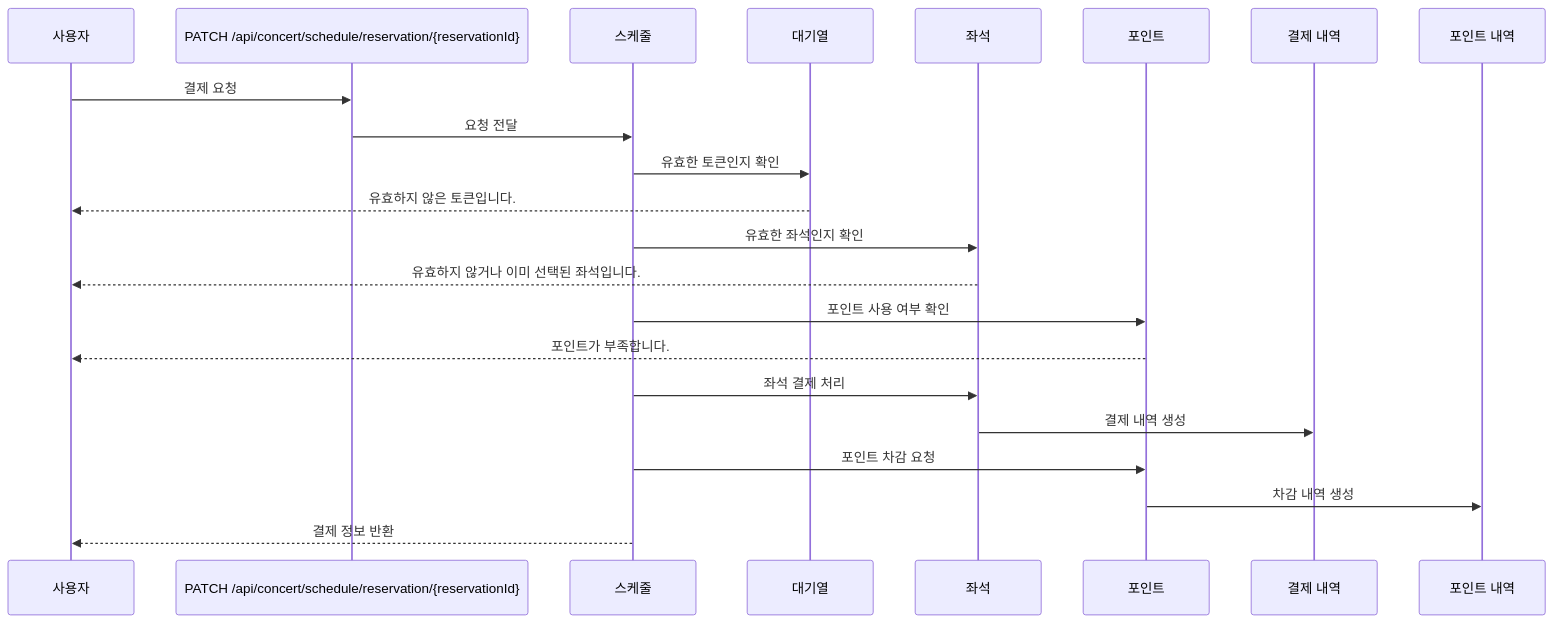
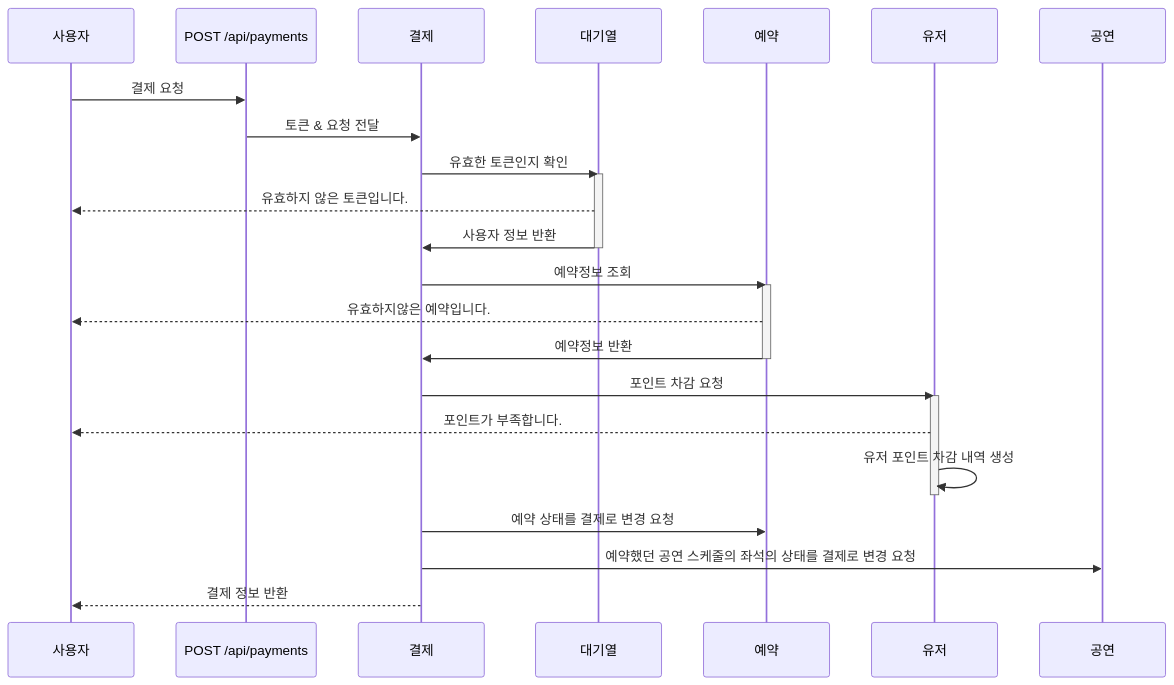
One commit to Ksanbal/Concert-Reservation-API changed the tenth of 14 diagrams in README.md. Above: the diagram before and after it, drawn with Mermaid. The commit also changed other lines of this file, not shown here.

Commit message:
:books:Docs: 공연, 예약, 결제, 포인트 시퀀스 다이어그램 변경

````diff
--- a/README.md
+++ b/README.md
@@ -167,22 +192,30 @@
 ```mermaid
 sequenceDiagram
 
 
-사용자 ->> PATCH /api/concert/schedule/reservation/{reservationId}: 결제 요청
-PATCH /api/concert/schedule/reservation/{reservationId} ->> 스케줄: 요청 전달
+사용자 ->> POST /api/payments: 결제 요청
+POST /api/payments ->> 결제: 토큰 & 요청 전달
 
-스케줄 ->> 대기열: 유효한 토큰인지 확인
+결제 ->> 대기열: 유효한 토큰인지 확인
+activate 대기열
 대기열 -->> 사용자: 유효하지 않은 토큰입니다.
+대기열 ->> 결제: 사용자 정보 반환
+deactivate 대기열
 
-스케줄 ->> 좌석: 유효한 좌석인지 확인
-좌석 -->> 사용자: 유효하지 않거나 이미 선택된 좌석입니다.
+결제 ->> 예약: 예약정보 조회
+activate 예약
+예약 -->> 사용자: 유효하지않은 예약입니다.
+예약 ->> 결제: 예약정보 반환
+deactivate 예약
 
-스케줄 ->> 포인트: 포인트 사용 여부 확인
-포인트 -->> 사용자: 포인트가 부족합니다.
+결제 ->> 유저: 포인트 차감 요청
+activate 유저
+유저 -->> 사용자: 포인트가 부족합니다.
+유저 ->> 유저: 유저 포인트 차감 내역 생성
+deactivate 유저
 
-스케줄 ->> 좌석: 좌석 결제 처리
-좌석 ->> 결제 내역: 결제 내역 생성
-스케줄 ->> 포인트: 포인트 차감 요청
-포인트 ->> 포인트 내역: 차감 내역 생성
-스케줄 -->> 사용자: 결제 정보 반환
+결제 ->> 예약: 예약 상태를 결제로 변경 요청
+
+결제 ->> 공연: 예약했던 공연 스케줄의 좌석의 상태를 결제로 변경 요청
+결제 -->> 사용자: 결제 정보 반환
 ```
````
